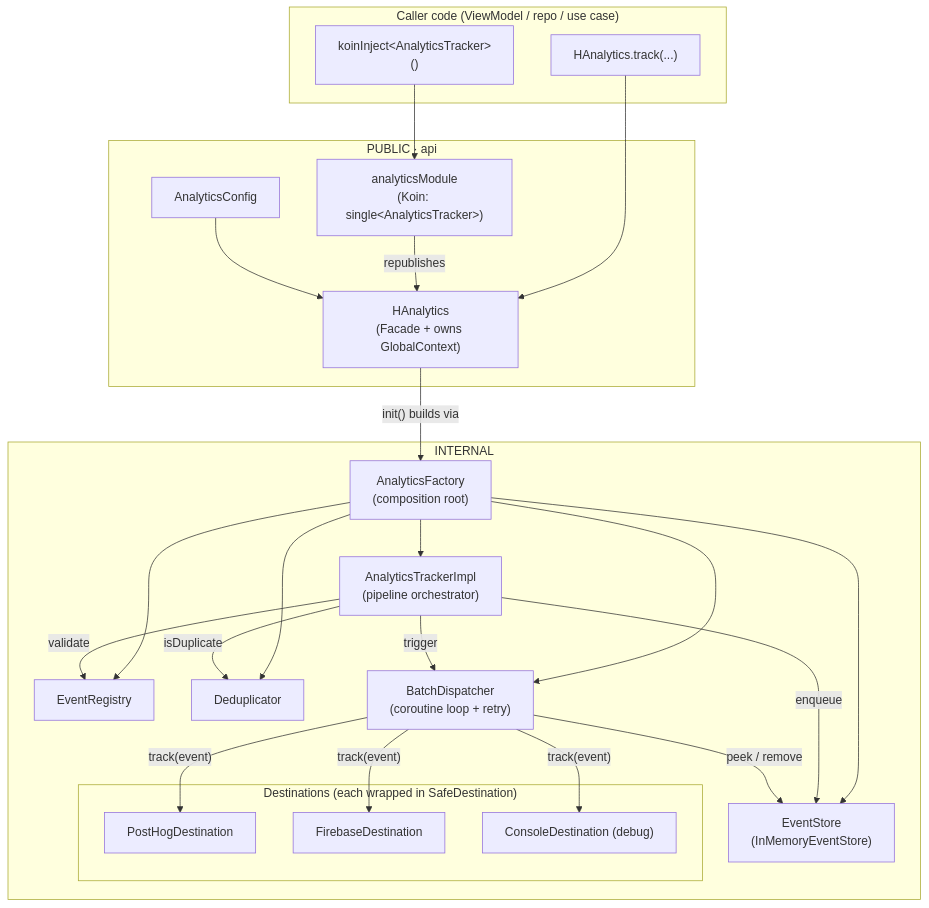
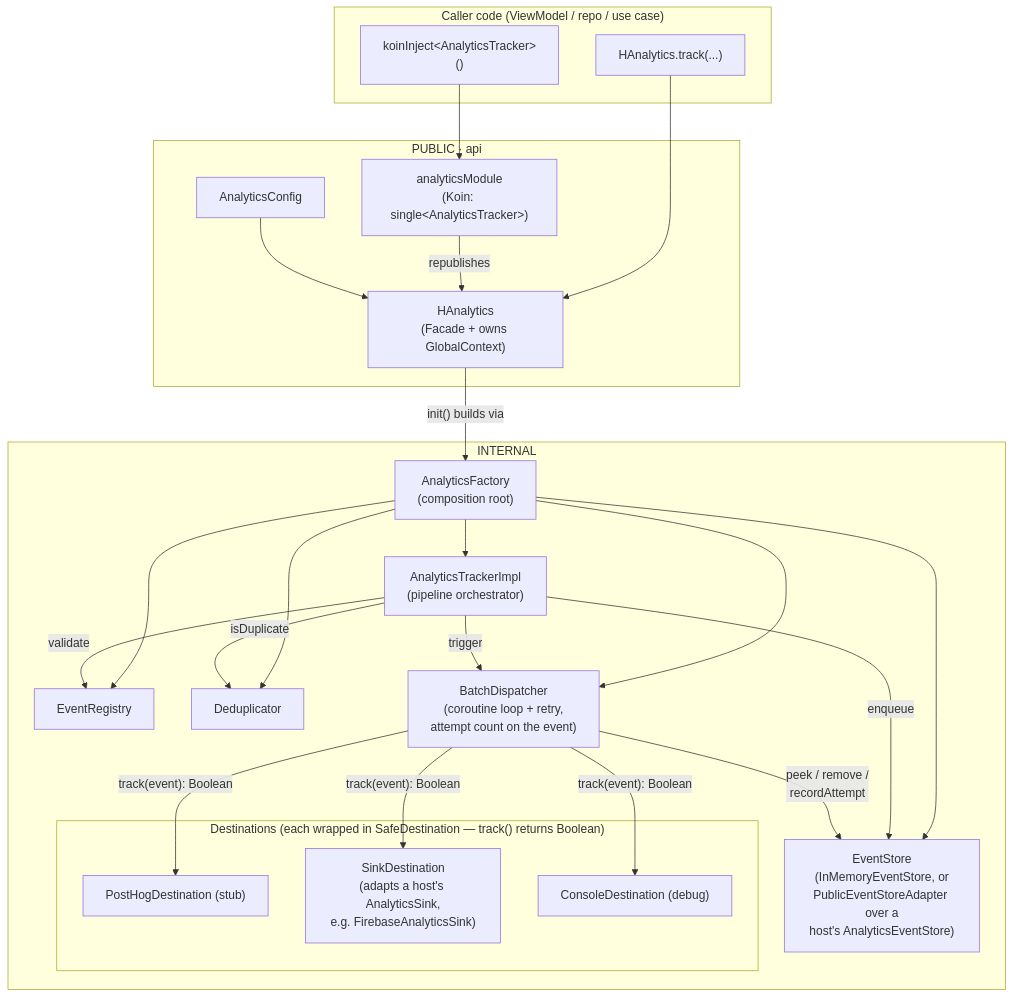
Before and after one commit to Aumaidkh/Odo-Mobile: the first of 4 diagrams in observability/analytics/README.md, drawn with Mermaid. The commit also changed other lines of this file and 2 other files, not shown here.

First line of the commit message:
docs(analytics): document the durable queue and the Firebase adapter

````diff
--- a/observability/analytics/README.md
+++ b/observability/analytics/README.md
@@ -121,44 +126,44 @@
 ```mermaid
 flowchart TD
     subgraph caller["Caller code (ViewModel / repo / use case)"]
         C1["HAnalytics.track(...)"]
         C2["koinInject&lt;AnalyticsTracker&gt;()"]
     end
 
     subgraph api["PUBLIC · api"]
         F["HAnalytics<br/>(Facade + owns GlobalContext)"]
         M["analyticsModule<br/>(Koin: single&lt;AnalyticsTracker&gt;)"]
         CFG["AnalyticsConfig"]
     end
 
     subgraph internal["INTERNAL"]
         FAC["AnalyticsFactory<br/>(composition root)"]
         IMPL["AnalyticsTrackerImpl<br/>(pipeline orchestrator)"]
         REG["EventRegistry"]
         DED["Deduplicator"]
-        STORE["EventStore<br/>(InMemoryEventStore)"]
-        DISP["BatchDispatcher<br/>(coroutine loop + retry)"]
-        subgraph dests["Destinations (each wrapped in SafeDestination)"]
-            D1["PostHogDestination"]
-            D2["FirebaseDestination"]
+        STORE["EventStore<br/>(InMemoryEventStore, or<br/>PublicEventStoreAdapter over a<br/>host's AnalyticsEventStore)"]
+        DISP["BatchDispatcher<br/>(coroutine loop + retry,<br/>attempt count on the event)"]
+        subgraph dests["Destinations (each wrapped in SafeDestination — track() returns Boolean)"]
+            D1["PostHogDestination (stub)"]
+            D2["SinkDestination<br/>(adapts a host's AnalyticsSink,<br/>e.g. FirebaseAnalyticsSink)"]
             D3["ConsoleDestination (debug)"]
         end
     end
 
     C1 --> F
     C2 --> M
     M -- "republishes" --> F
     CFG --> F
     F -- "init() builds via" --> FAC
     FAC --> IMPL
     FAC --> REG
     FAC --> DED
     FAC --> STORE
     FAC --> DISP
     IMPL -- "validate" --> REG
     IMPL -- "isDuplicate" --> DED
     IMPL -- "enqueue" --> STORE
     IMPL -- "trigger" --> DISP
-    DISP -- "peek / remove" --> STORE
-    DISP -- "track(event)" --> D1 & D2 & D3
+    DISP -- "peek / remove /<br/>recordAttempt" --> STORE
+    DISP -- "track(event): Boolean" --> D1 & D2 & D3
 ```
````
